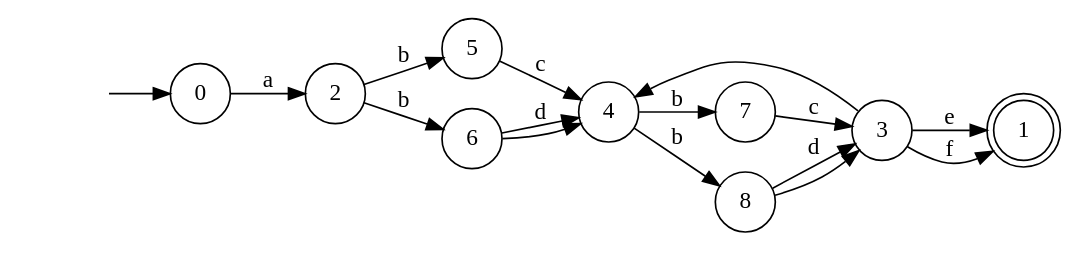
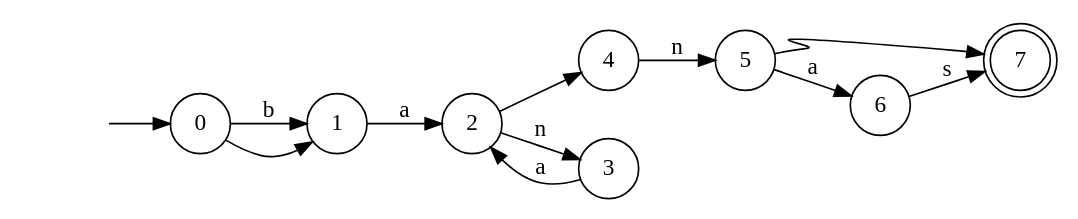
The diagram in example.dot (zyla/regex-to-json-schema), drawn with Graphviz before and after one commit. The commit also changed 2 other files, not shown here.

```diff
--- a/example.dot
+++ b/example.dot
@@ -1,28 +1,31 @@
 digraph {
 rankdir=LR
 "" [shape=none]
+0 [label="0"]
+1 [label="7"]
+2 [label="1"]
+3 [label="2"]
+4 [label="4"]
+5 [label="3"]
+6 [label="5"]
+7 [label="6"]
 "" -> 0
 0 [shape=circle]
-0 -> 2 [label="a"]
+0 -> 2 [label="b"]
+0 -> 2 [label=" "]
 1 [shape=doublecircle]
 2 [shape=circle]
-2 -> 5 [label="b"]
-2 -> 6 [label="b"]
+2 -> 3 [label="a"]
 3 [shape=circle]
-3 -> 4
-3 -> 1 [label="e"]
-3 -> 1 [label="f"]
+3 -> 5 [label="n"]
+3 -> 4 [label=" "]
 4 [shape=circle]
-4 -> 7 [label="b"]
-4 -> 8 [label="b"]
+4 -> 6 [label="n"]
 5 [shape=circle]
-5 -> 4 [label="c"]
+5 -> 3 [label="a"]
 6 [shape=circle]
-6 -> 4 [label="d"]
-6 -> 4
+6 -> 7 [label="a"]
+6 -> 1 [label=" "]
 7 [shape=circle]
-7 -> 3 [label="c"]
-8 [shape=circle]
-8 -> 3 [label="d"]
-8 -> 3
+7 -> 1 [label="s"]
 }
```
